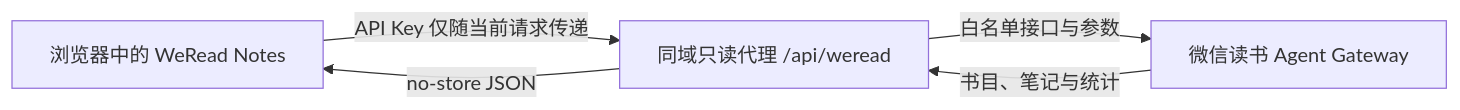
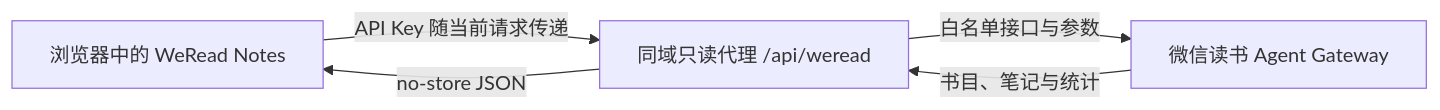
Before and after one commit to xiongwei-git/WeReadNotes: the diagram in README.md, drawn with Mermaid. The commit also changed other lines of this file and 7 other files, not shown here.

Commit message:
Add optional API key persistence

````diff
--- a/README.md
+++ b/README.md
@@ -23,11 +23,11 @@
 ```mermaid
 flowchart LR
     Browser["浏览器中的 WeRead Notes"]
     Proxy["同域只读代理 /api/weread"]
     Gateway["微信读书 Agent Gateway"]
 
-    Browser -->|"API Key 仅随当前请求传递"| Proxy
+    Browser -->|"API Key 随当前请求传递"| Proxy
     Proxy -->|"白名单接口与参数"| Gateway
     Gateway -->|"书目、笔记与统计"| Proxy
     Proxy -->|"no-store JSON"| Browser
 ```
````
